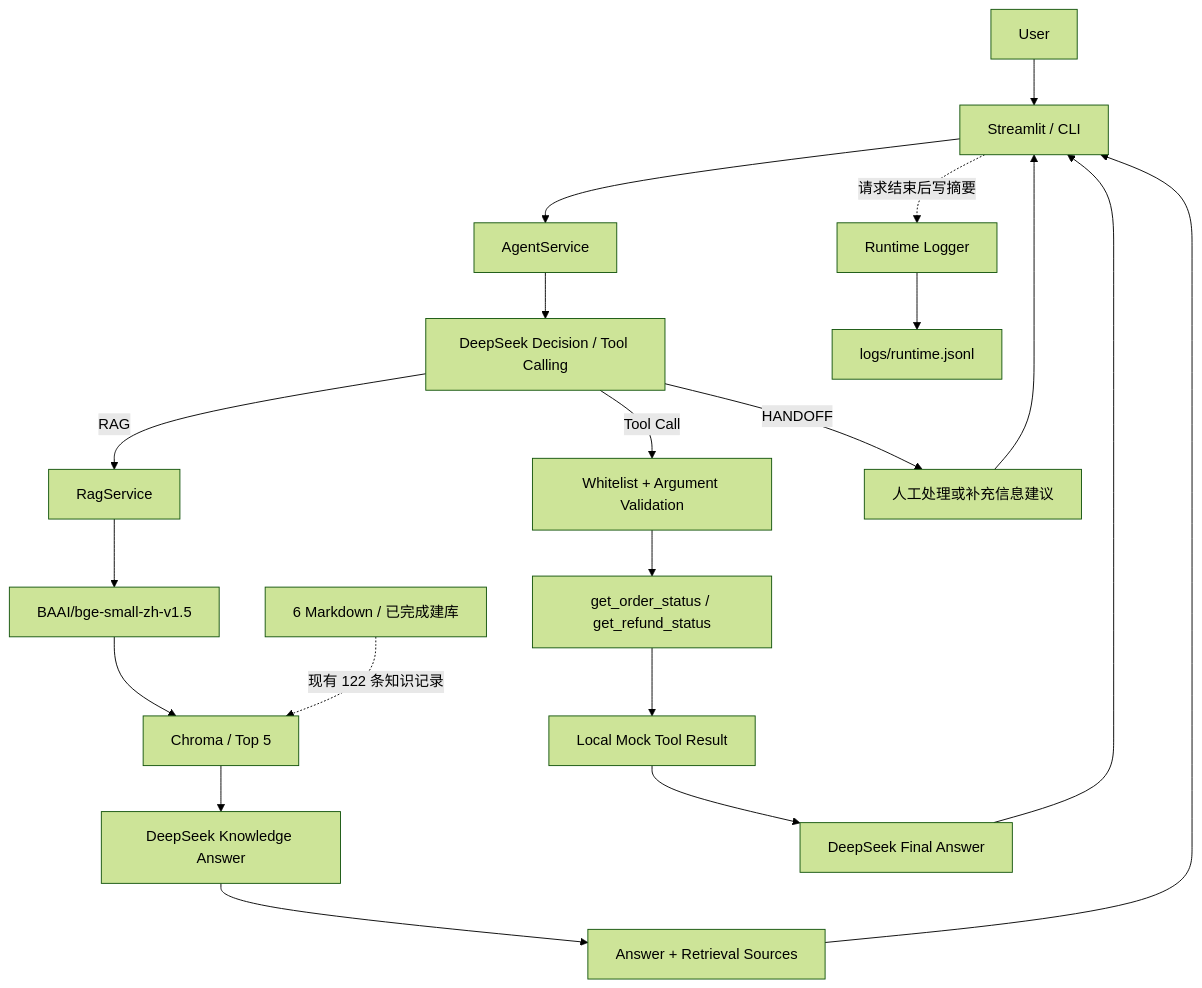
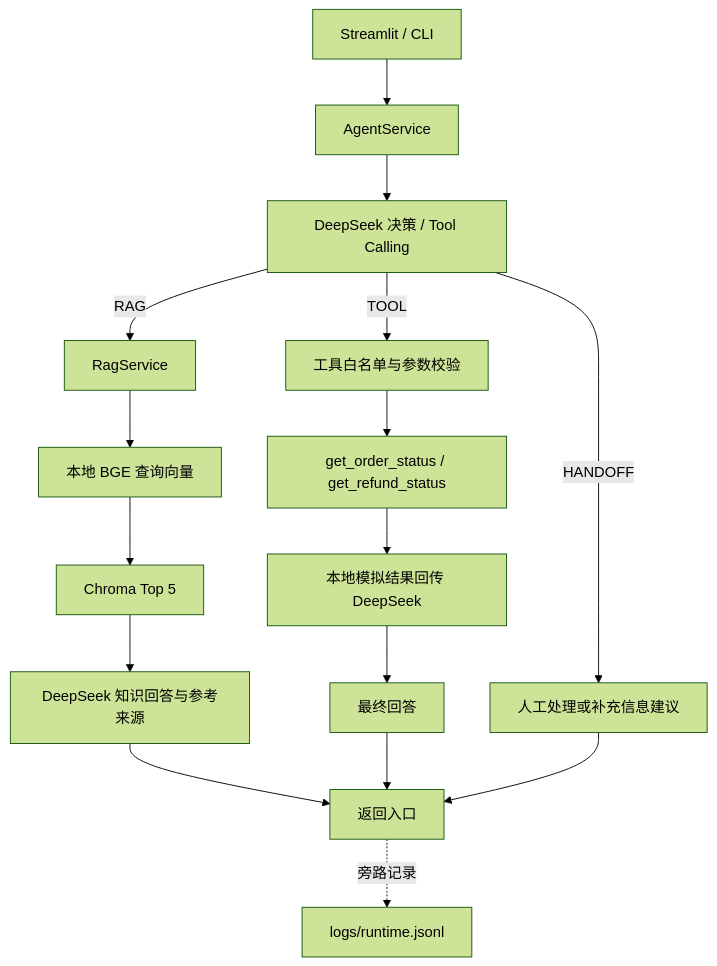
One commit to Enavant0/aura-labs-ai-customer-service-agent changed the diagram in docs/ARCHITECTURE.md. Above: the diagram before and after it, drawn with Mermaid (forest theme). The commit also changed other lines of this file and 3 other files, not shown here.

````diff
--- a/docs/ARCHITECTURE.md
+++ b/docs/ARCHITECTURE.md
@@ -7,26 +7,18 @@
 ```mermaid
 flowchart TD
-    U[User] --> UI[Streamlit / CLI]
-    UI --> A[AgentService]
-    A --> D[DeepSeek Decision / Tool Calling]
-
+    U[Streamlit / CLI] --> A[AgentService]
+    A --> D[DeepSeek 决策 / Tool Calling]
     D -->|RAG| R[RagService]
-    R --> E[BAAI/bge-small-zh-v1.5]
-    E --> C[Chroma / Top 5]
-    C --> G[DeepSeek Knowledge Answer]
-    G --> O[Answer + Retrieval Sources]
-
-    D -->|Tool Call| V[Whitelist + Argument Validation]
+    R --> B[本地 BGE 查询向量]
+    B --> C[Chroma Top 5]
+    C --> G[DeepSeek 知识回答与参考来源]
+    D -->|TOOL| V[工具白名单与参数校验]
     V --> T[get_order_status / get_refund_status]
-    T --> M[Local Mock Tool Result]
-    M --> F[DeepSeek Final Answer]
-
+    T --> M[本地模拟结果回传 DeepSeek]
+    M --> F[最终回答]
     D -->|HANDOFF| H[人工处理或补充信息建议]
-    O --> UI
-    F --> UI
-    H --> UI
-    UI -. 请求结束后写摘要 .-> L[Runtime Logger]
-    L --> J[logs/runtime.jsonl]
-
-    KB[6 Markdown / 已完成建库] -. 现有 122 条知识记录 .-> C
+    G --> O[返回入口]
+    F --> O
+    H --> O
+    O -. 旁路记录 .-> L[logs/runtime.jsonl]
 ```
````
